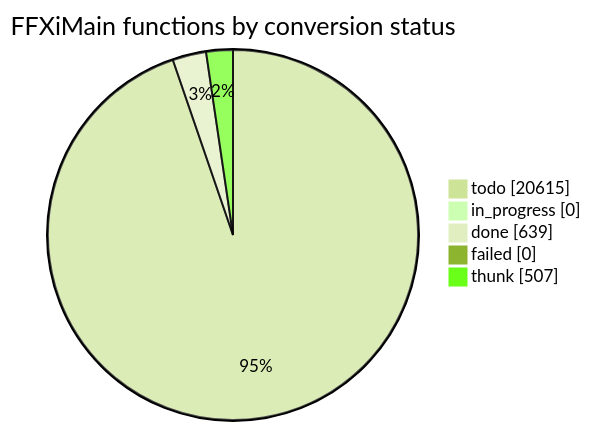
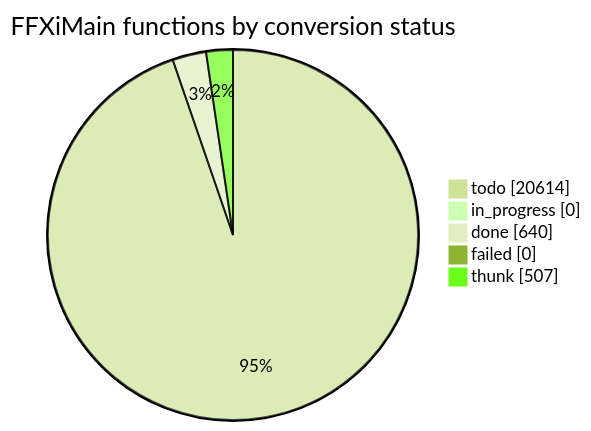
Before and after one commit to cowrevenge/cow_kuluu_xi_anything: the diagram in docs/cow/STATUS.md, drawn with Mermaid (forest theme). The commit also changed other lines of this file and 9 other files, not shown here.

````diff
--- a/docs/cow/STATUS.md
+++ b/docs/cow/STATUS.md
@@ -18,9 +18,9 @@
 ```mermaid
 pie showData
     title FFXiMain functions by conversion status
-    "todo" : 20615
+    "todo" : 20614
     "in_progress" : 0
-    "done" : 639
+    "done" : 640
     "failed" : 0
     "thunk" : 507
 ```
````
